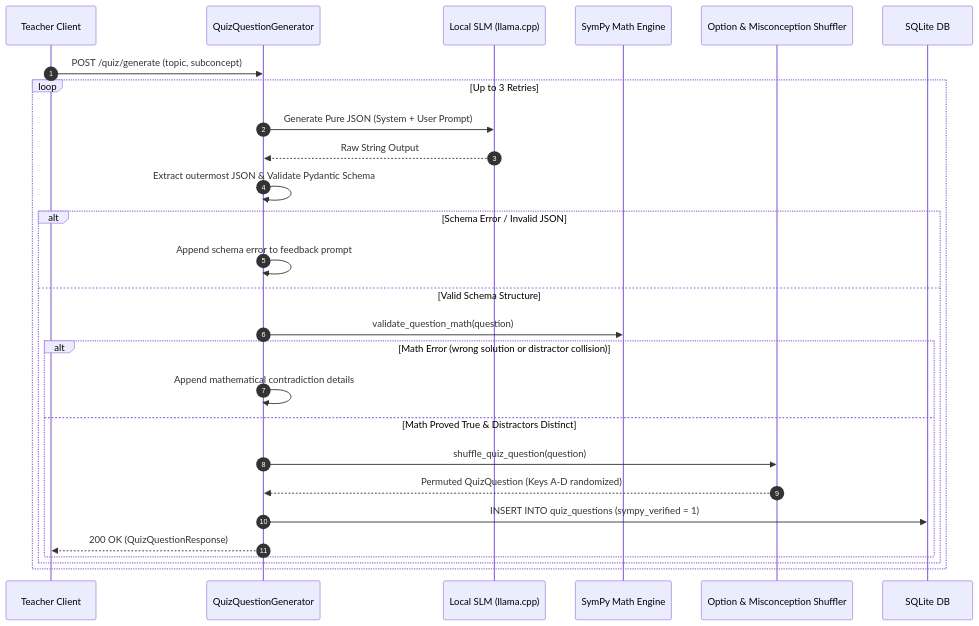
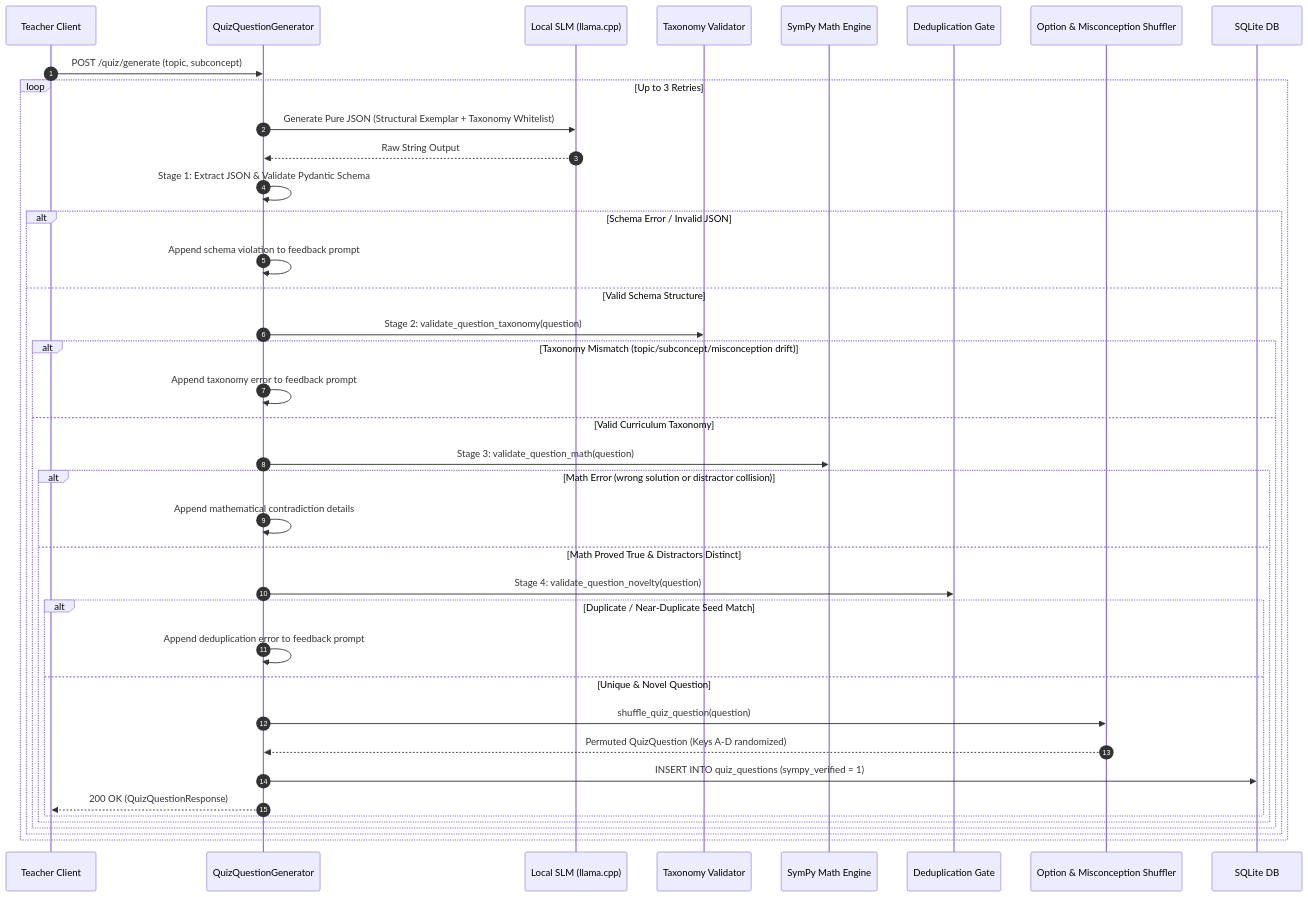
One commit to GabGP/TutorBox changed the third of 3 diagrams in docs/architecture/diagnostic-misconceptions.md. Above: the diagram before and after it, drawn with Mermaid. The commit also changed other lines of this file and 1 other file, not shown here.

Commit message:
docs(quiz): sync architecture and week 2 milestone with deduplication pipeline
- Update diagnostic distractor architecture diagram with 4-stage validation loop
- Document structural exemplar and anti-duplicate novelty invariants
- Update Week 2 milestone verification metrics to 384 tests and 100% coverage

````diff
--- a/docs/architecture/diagnostic-misconceptions.md
+++ b/docs/architecture/diagnostic-misconceptions.md
@@ -106,30 +106,42 @@
 ```mermaid
 sequenceDiagram
     autonumber
     participant Teacher as Teacher Client
     participant Engine as QuizQuestionGenerator
     participant LLM as Local SLM (llama.cpp)
+    participant Taxonomy as Taxonomy Validator
     participant SymPy as SymPy Math Engine
+    participant Dedup as Deduplication Gate
     participant Shuffler as Option & Misconception Shuffler
     participant DB as SQLite DB
 
     Teacher->>Engine: POST /quiz/generate (topic, subconcept)
     loop Up to 3 Retries
-        Engine->>LLM: Generate Pure JSON (System + User Prompt)
+        Engine->>LLM: Generate Pure JSON (Structural Exemplar + Taxonomy Whitelist)
         LLM-->>Engine: Raw String Output
-        Engine->>Engine: Extract outermost JSON & Validate Pydantic Schema
+        Engine->>Engine: Stage 1: Extract JSON & Validate Pydantic Schema
         alt Schema Error / Invalid JSON
-            Engine->>Engine: Append schema error to feedback prompt
+            Engine->>Engine: Append schema violation to feedback prompt
         else Valid Schema Structure
-            Engine->>SymPy: validate_question_math(question)
-            alt Math Error (wrong solution or distractor collision)
-                Engine->>Engine: Append mathematical contradiction details
-            else Math Proved True & Distractors Distinct
-                Engine->>Shuffler: shuffle_quiz_question(question)
-                Shuffler-->>Engine: Permuted QuizQuestion (Keys A-D randomized)
-                Engine->>DB: INSERT INTO quiz_questions (sympy_verified = 1)
-                Engine-->>Teacher: 200 OK (QuizQuestionResponse)
+            Engine->>Taxonomy: Stage 2: validate_question_taxonomy(question)
+            alt Taxonomy Mismatch (topic/subconcept/misconception drift)
+                Engine->>Engine: Append taxonomy error to feedback prompt
+            else Valid Curriculum Taxonomy
+                Engine->>SymPy: Stage 3: validate_question_math(question)
+                alt Math Error (wrong solution or distractor collision)
+                    Engine->>Engine: Append mathematical contradiction details
+                else Math Proved True & Distractors Distinct
+                    Engine->>Dedup: Stage 4: validate_question_novelty(question)
+                    alt Duplicate / Near-Duplicate Seed Match
+                        Engine->>Engine: Append deduplication error to feedback prompt
+                    else Unique & Novel Question
+                        Engine->>Shuffler: shuffle_quiz_question(question)
+                        Shuffler-->>Engine: Permuted QuizQuestion (Keys A-D randomized)
+                        Engine->>DB: INSERT INTO quiz_questions (sympy_verified = 1)
+                        Engine-->>Teacher: 200 OK (QuizQuestionResponse)
+                    end
+                end
             end
         end
     end
 ```
````
